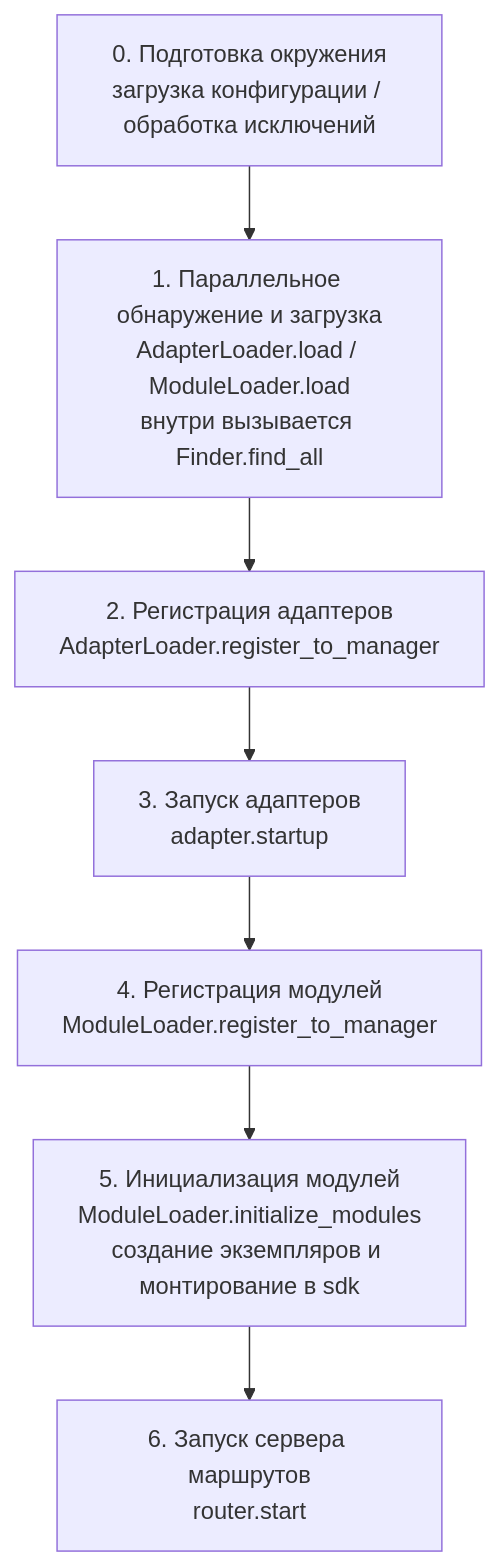
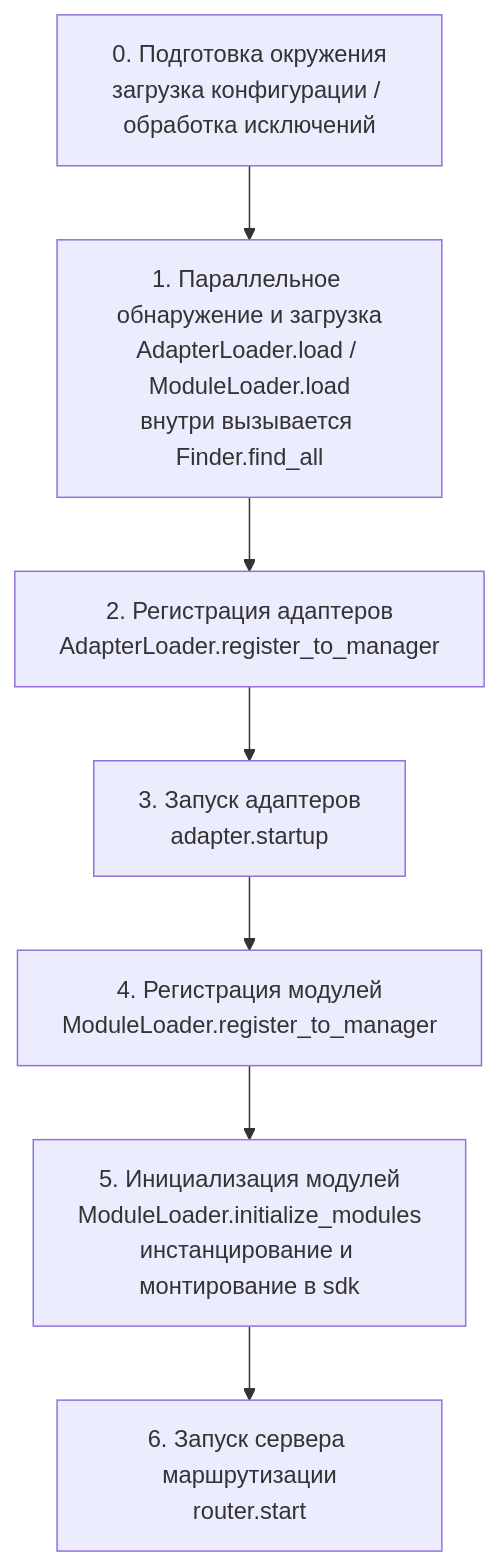
Before and after one commit to ErisPulse/ErisPulse: the diagram in docs/ru/advanced/startup.md, drawn with Mermaid. The commit also changed other lines of this file and 331 other files, not shown here.

````diff
--- a/docs/ru/advanced/startup.md
+++ b/docs/ru/advanced/startup.md
@@ -30,10 +31,10 @@
 ```mermaid
 flowchart TD
     A[0. Подготовка окружения<br/>загрузка конфигурации / обработка исключений] --> B
     B[1. Параллельное обнаружение и загрузка<br/>AdapterLoader.load / ModuleLoader.load<br/>внутри вызывается Finder.find_all] --> C
     C[2. Регистрация адаптеров<br/>AdapterLoader.register_to_manager] --> D
     D[3. Запуск адаптеров<br/>adapter.startup] --> E
     E[4. Регистрация модулей<br/>ModuleLoader.register_to_manager] --> F
-    F[5. Инициализация модулей<br/>ModuleLoader.initialize_modules<br/>создание экземпляров и монтирование в sdk] --> G
-    G[6. Запуск сервера маршрутов<br/>router.start]
+    F[5. Инициализация модулей<br/>ModuleLoader.initialize_modules<br/>инстанцирование и монтирование в sdk] --> G
+    G[6. Запуск сервера маршрутизации<br/>router.start]
 ```
````
